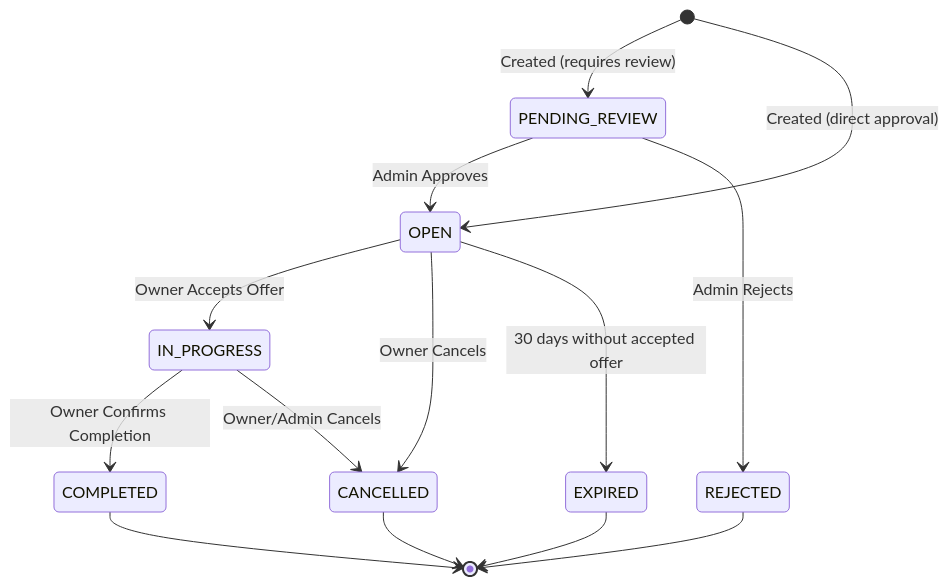
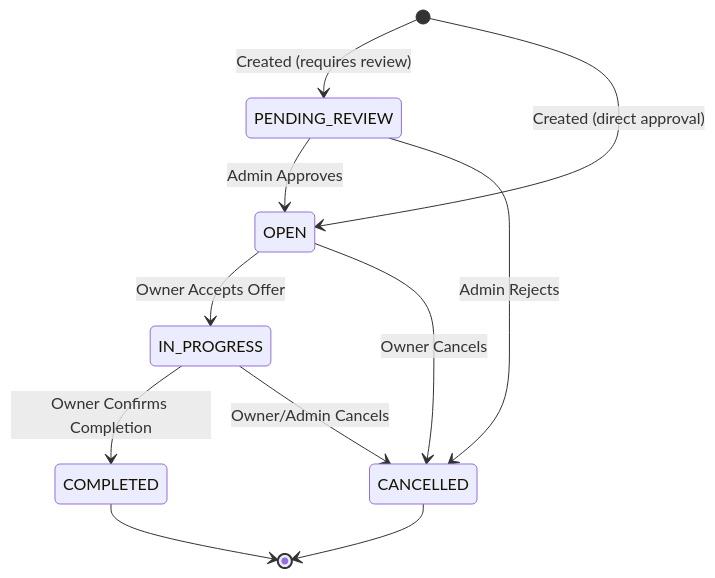
One commit to astosweb/my-services-marketplace changed the second of 5 diagrams in docs/DOMAIN_MODEL.md. Above: the diagram before and after it, drawn with Mermaid. The commit also changed other lines of this file and 47 other files, not shown here.

````diff
--- a/docs/DOMAIN_MODEL.md
+++ b/docs/DOMAIN_MODEL.md
@@ -48,16 +48,13 @@
 ```mermaid
 stateDiagram-v2
     [*] --> PENDING_REVIEW: Created (requires review)
     [*] --> OPEN: Created (direct approval)
     PENDING_REVIEW --> OPEN: Admin Approves
-    PENDING_REVIEW --> REJECTED: Admin Rejects
+    PENDING_REVIEW --> CANCELLED: Admin Rejects
     OPEN --> IN_PROGRESS: Owner Accepts Offer
     OPEN --> CANCELLED: Owner Cancels
-    OPEN --> EXPIRED: 30 days without accepted offer
     IN_PROGRESS --> COMPLETED: Owner Confirms Completion
     IN_PROGRESS --> CANCELLED: Owner/Admin Cancels
     COMPLETED --> [*]
     CANCELLED --> [*]
-    REJECTED --> [*]
-    EXPIRED --> [*]
 ```
````
